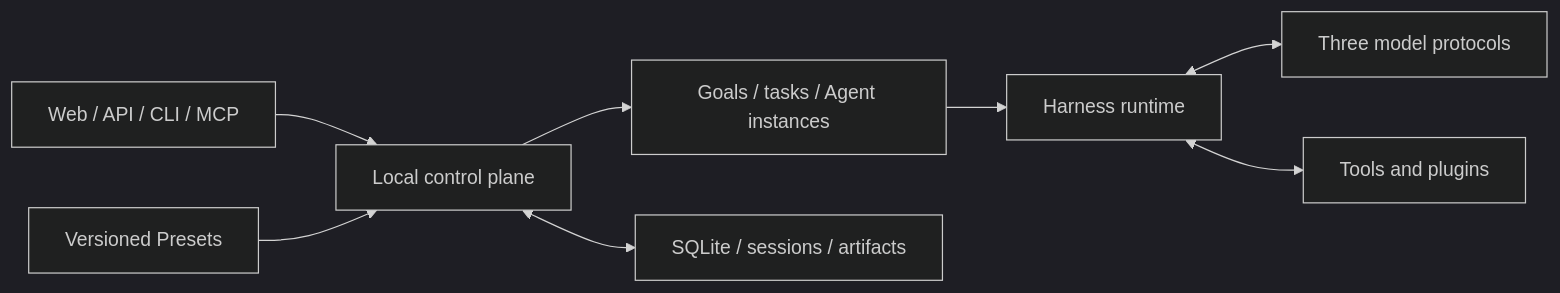
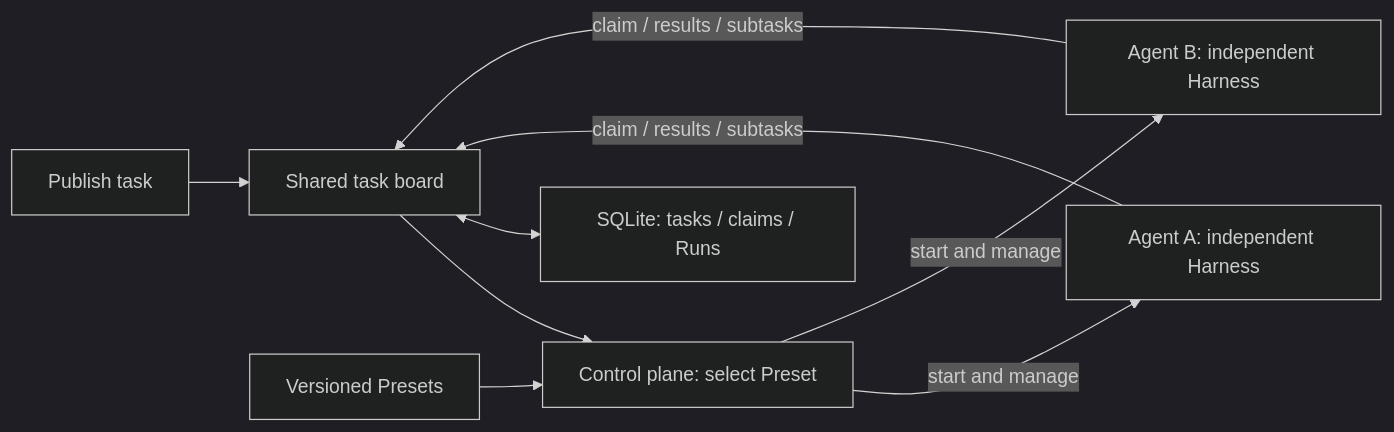
The diagram in README.md (NeoPanic/harness3), drawn with Mermaid (dark theme) before and after one commit. The commit also changed other lines of this file and 39 other files, not shown here.

Commit message:
feat(platform): route shared tasks to peer agents with Bailian decisions

````diff
--- a/README.md
+++ b/README.md
@@ -77,10 +78,11 @@
 ```mermaid
 flowchart LR
-    Entry[Web / API / CLI / MCP] --> Control[Local control plane]
+    Entry[Publish task] --> Board[Shared task board]
+    Board --> Control[Control plane: select Preset]
     Preset[Versioned Presets] --> Control
-    Control --> Team[Goals / tasks / Agent instances]
-    Team --> Runtime[Harness runtime]
-    Runtime <--> Models[Three model protocols]
-    Runtime <--> Plugins[Tools and plugins]
-    Control <--> State[SQLite / sessions / artifacts]
+    Control -->|start and manage| A[Agent A: independent Harness]
+    Control -->|start and manage| B[Agent B: independent Harness]
+    A -->|claim / results / subtasks| Board
+    B -->|claim / results / subtasks| Board
+    Board <--> State[SQLite: tasks / claims / Runs]
 ```
````
